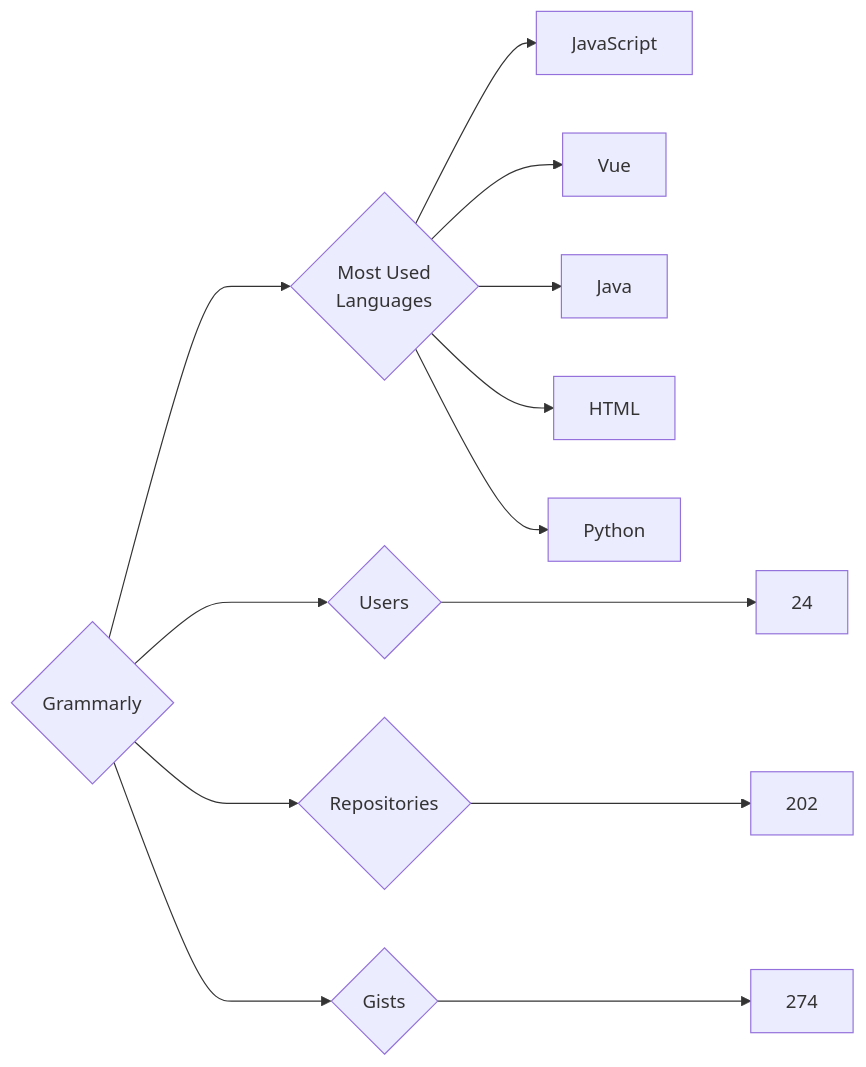
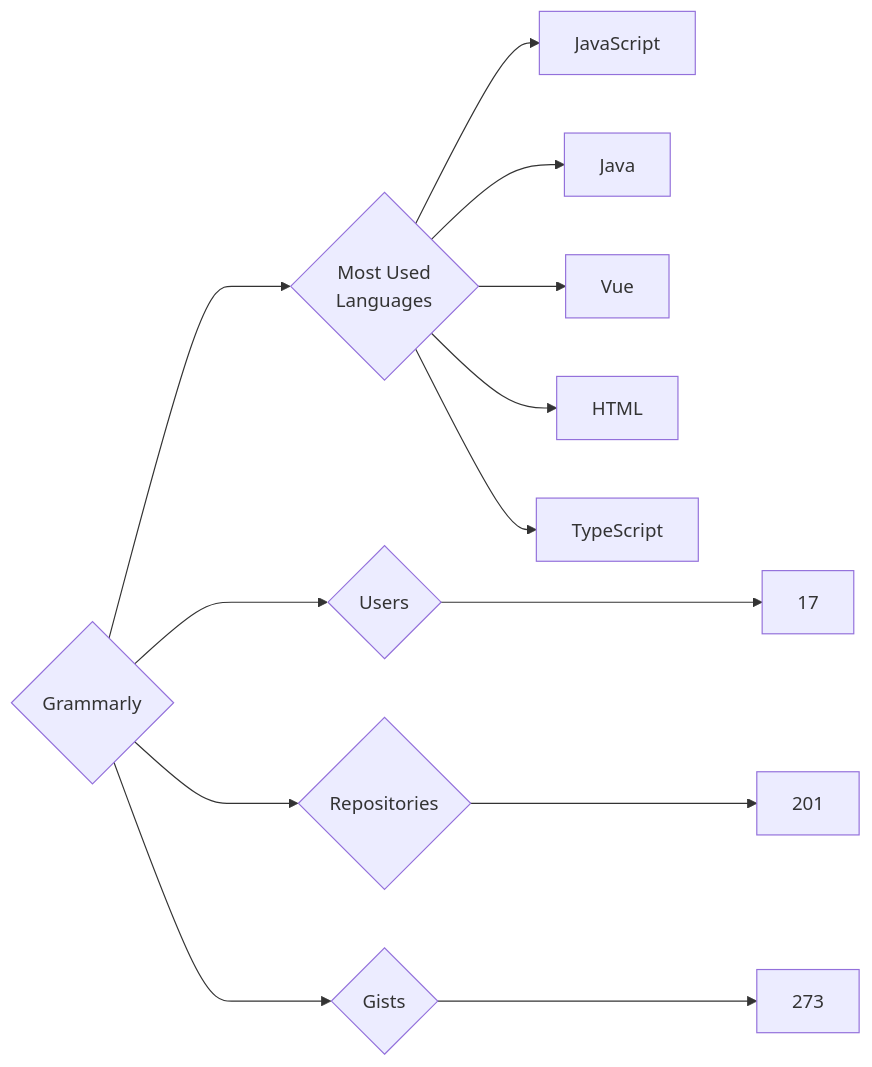
The diagram in targets/Grammarly/README.md (trickest/insiders), drawn with Mermaid before and after one commit. The commit also changed 636 other files, not shown here.

````diff
--- a/targets/Grammarly/README.md
+++ b/targets/Grammarly/README.md
@@ -3,13 +3,13 @@
 ```mermaid
 graph LR
 COMPANY_NAME{Grammarly}
-COMPANY_NAME ---> U{Users} ---> UN[24]
-COMPANY_NAME ---> R{Repositories} ---> RN[202]
-COMPANY_NAME ---> G{Gists} ---> GN[274]
+COMPANY_NAME ---> U{Users} ---> UN[17]
+COMPANY_NAME ---> R{Repositories} ---> RN[201]
+COMPANY_NAME ---> G{Gists} ---> GN[273]
 COMPANY_NAME ---> ML{Most Used<br>Languages}
 ML --> JavaScript[JavaScript]
+ML --> Java[Java]
 ML --> Vue[Vue]
-ML --> Java[Java]
 ML --> HTML[HTML]
-ML --> Python[Python]
+ML --> TypeScript[TypeScript]
 ```
````
